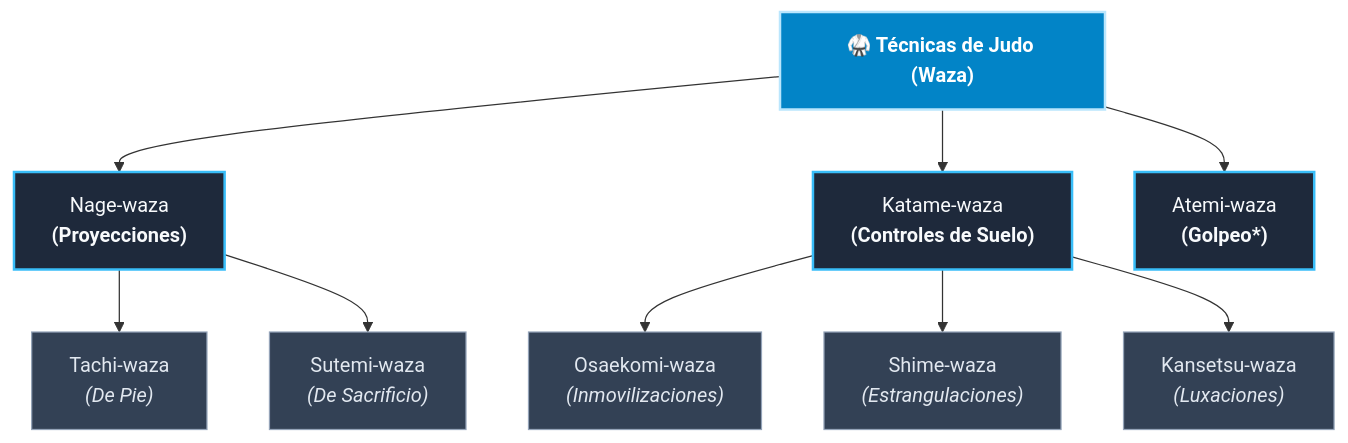
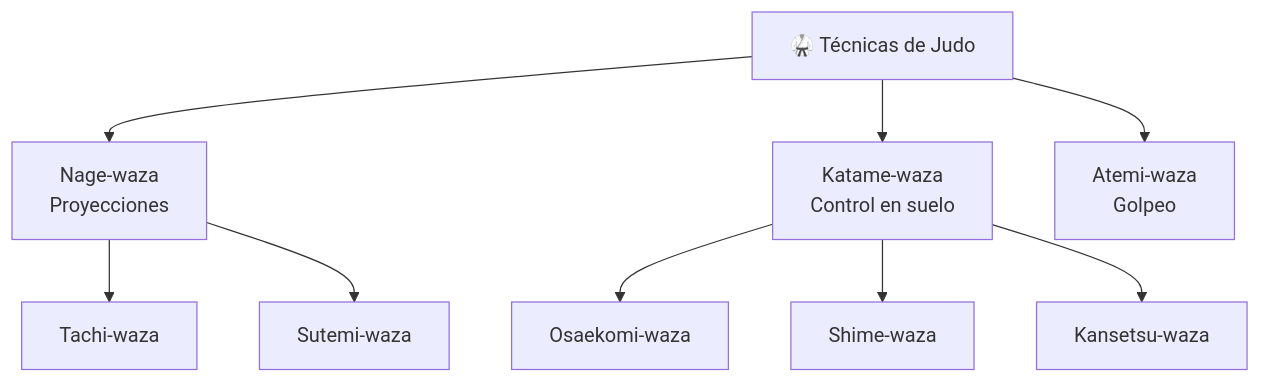
Before and after one commit to chelochambi/judo: the third of 4 diagrams in README.md, drawn with Mermaid. The commit also changed other lines of this file, not shown here.

````diff
--- a/README.md
+++ b/README.md
@@ -51,28 +89,27 @@
 ```mermaid
 graph TD
-    classDef main fill:#0284c7,stroke:#bae6fd,stroke-width:2px,color:#ffffff,font-weight:bold;
-    classDef branch fill:#1e293b,stroke:#38bdf8,stroke-width:2px,color:#f8fafc;
-    classDef leaf fill:#334155,stroke:#94a3b8,stroke-width:1px,color:#e2e8f0;
 
-    Waza["🥋 Técnicas de Judo (Waza)"]:::main
+    Waza["🥋 Técnicas de Judo"]
 
-    Nage["Nage-waza<br><b>(Proyecciones)</b>"]:::branch
-    Katame["Katame-waza<br><b>(Controles de Suelo)</b>"]:::branch
-    Atemi["Atemi-waza<br><b>(Golpeo*)</b>"]:::branch
+    Nage["Nage-waza<br/>Proyecciones"]
+    Katame["Katame-waza<br/>Control en suelo"]
+    Atemi["Atemi-waza<br/>Golpeo"]
 
     Waza --> Nage
     Waza --> Katame
     Waza --> Atemi
 
-    Tachi["Tachi-waza<br><i>(De Pie)</i>"]:::leaf
-    Sutemi["Sutemi-waza<br><i>(De Sacrificio)</i>"]:::leaf
+    Tachi["Tachi-waza"]
+    Sutemi["Sutemi-waza"]
+
     Nage --> Tachi
     Nage --> Sutemi
 
-    Osae["Osaekomi-waza<br><i>(Inmovilizaciones)</i>"]:::leaf
-    Shime["Shime-waza<br><i>(Estrangulaciones)</i>"]:::leaf
-    Kansetsu["Kansetsu-waza<br><i>(Luxaciones)</i>"]:::leaf
+    Osae["Osaekomi-waza"]
+    Shime["Shime-waza"]
+    Kansetsu["Kansetsu-waza"]
+
     Katame --> Osae
     Katame --> Shime
     Katame --> Kansetsu
 ```
````
